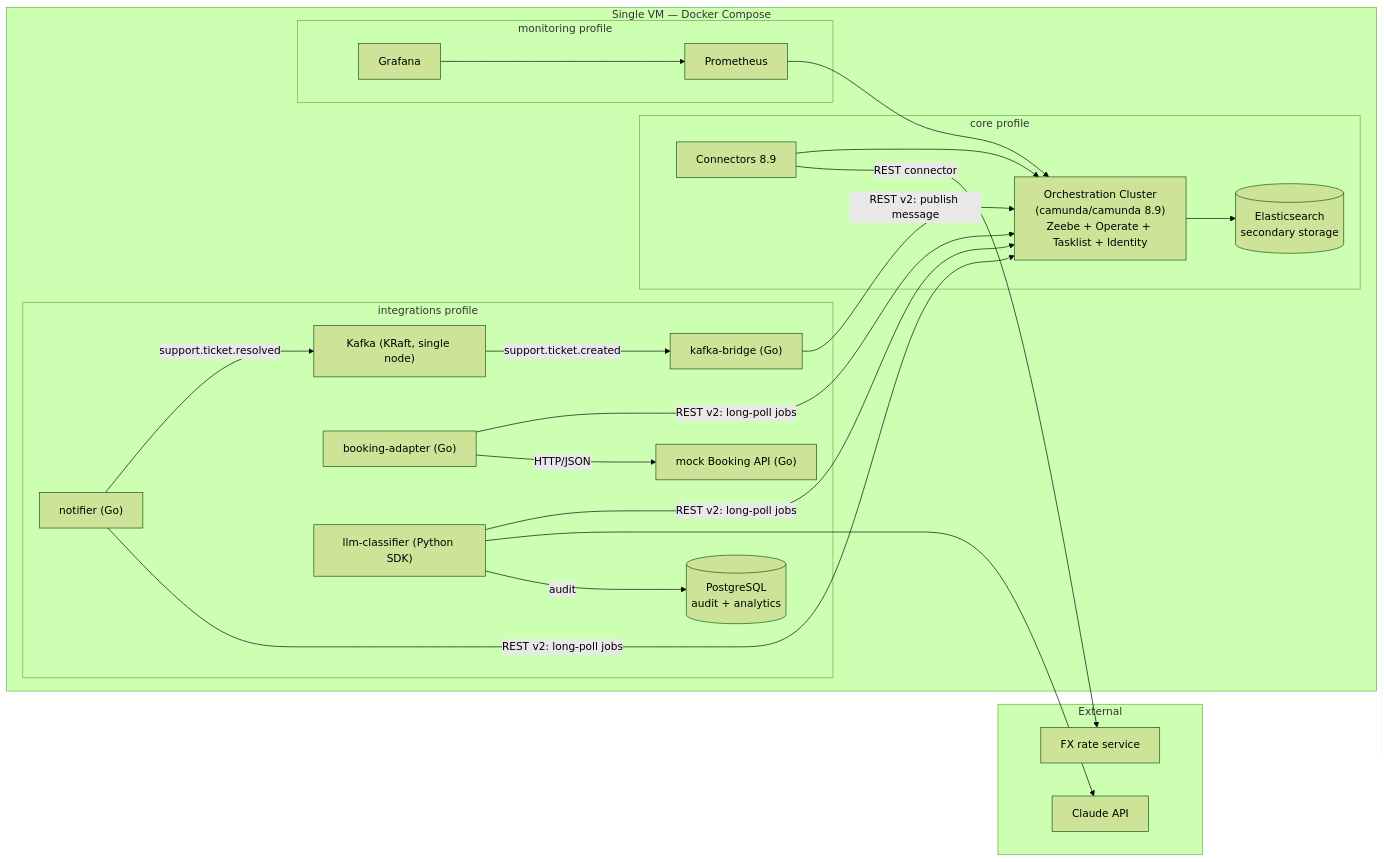
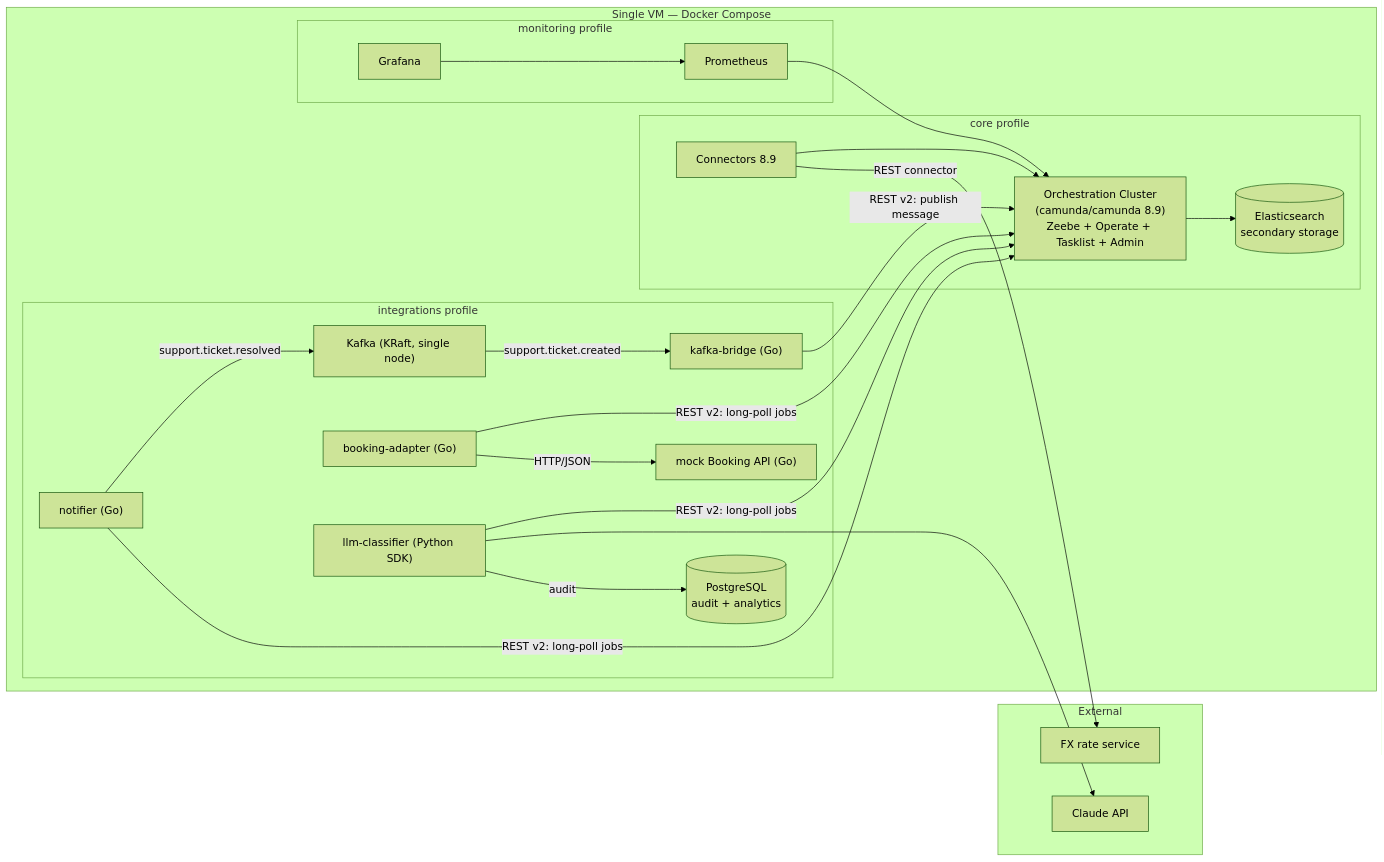
Before and after one commit to DigitLock/camunda-support-automation: the diagram in README.md, drawn with Mermaid (forest theme). The commit also changed other lines of this file and 15 other files, not shown here.

````diff
--- a/README.md
+++ b/README.md
@@ -13,43 +12,43 @@
 ```mermaid
 flowchart LR
     subgraph external["External"]
         claude["Claude API"]
         fx["FX rate service"]
     end
 
     subgraph vm["Single VM — Docker Compose"]
         subgraph core["core profile"]
-            camunda["Orchestration Cluster<br/>(camunda/camunda 8.9)<br/>Zeebe + Operate + Tasklist + Identity"]
+            camunda["Orchestration Cluster<br/>(camunda/camunda 8.9)<br/>Zeebe + Operate + Tasklist + Admin"]
             connectors["Connectors 8.9"]
             es[("Elasticsearch<br/>secondary storage")]
         end
         subgraph integrations["integrations profile"]
             kafka["Kafka (KRaft, single node)"]
             bridge["kafka-bridge (Go)"]
             booking["booking-adapter (Go)"]
             notifier["notifier (Go)"]
             mockapi["mock Booking API (Go)"]
             classifier["llm-classifier (Python SDK)"]
             pg[("PostgreSQL<br/>audit + analytics")]
         end
         subgraph monitoring["monitoring profile"]
             prom["Prometheus"]
             graf["Grafana"]
         end
     end
 
     kafka -- "support.ticket.created" --> bridge
     notifier -- "support.ticket.resolved" --> kafka
     bridge -- "REST v2: publish message" --> camunda
     classifier -- "REST v2: long-poll jobs" --> camunda
     classifier --> claude
     classifier -- "audit" --> pg
     booking -- "REST v2: long-poll jobs" --> camunda
     booking -- "HTTP/JSON" --> mockapi
     notifier -- "REST v2: long-poll jobs" --> camunda
     camunda --> es
     connectors --> camunda
     prom --> camunda
     graf --> prom
     connectors -- "REST connector" --> fx
 ```
````
